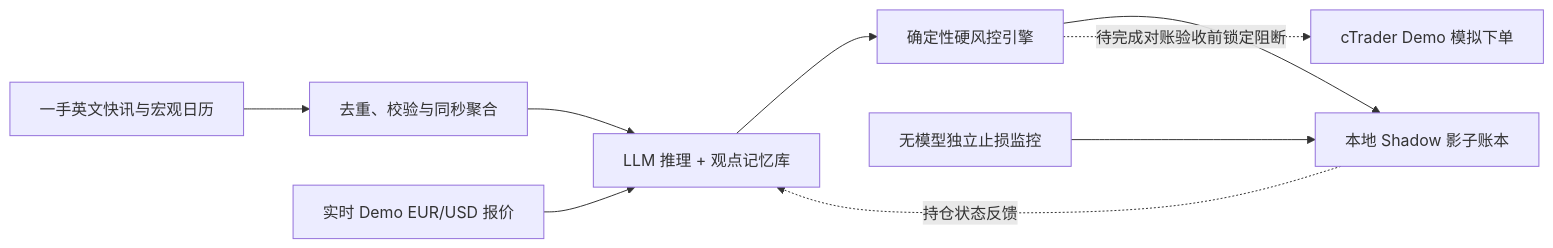
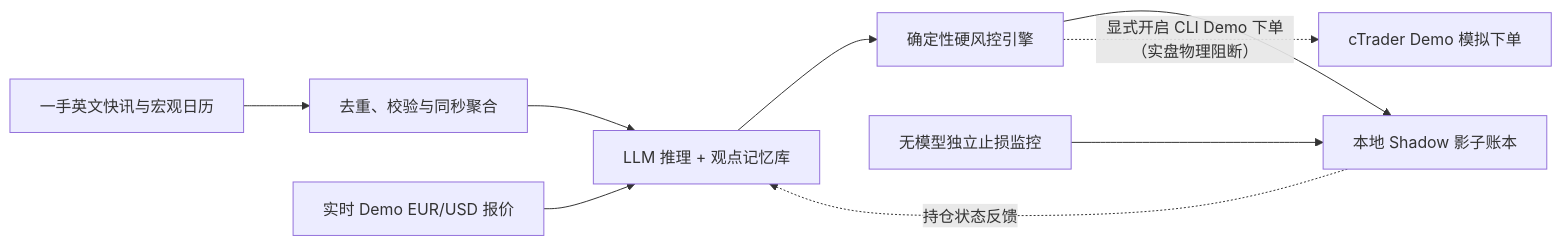
The diagram in README_CN.md (lohis-aimbot/eventlens), drawn with Mermaid before and after one commit. The commit also changed other lines of this file and 13 other files, not shown here.

Commit message:
feat(demo): complete CLI Demo close reconciliation, Razor UsdPerOneLot gating, and bilingual READMEs

````diff
--- a/README_CN.md
+++ b/README_CN.md
@@ -71,11 +71,11 @@
 ```mermaid
 flowchart LR
     Feed["一手英文快讯与宏观日历"] --> Bundle["去重、校验与同秒聚合"]
     Quotes["实时 Demo EUR/USD 报价"] --> Agent["LLM 推理 + 观点记忆库"]
     Bundle --> Agent
     Agent --> Risk["确定性硬风控引擎"]
     Risk --> Ledger["本地 Shadow 影子账本"]
     Monitor["无模型独立止损监控"] --> Ledger
     Ledger -. "持仓状态反馈" .-> Agent
-    Risk -. "待完成对账验收前锁定阻断" .-> Broker["cTrader Demo 模拟下单"]
+    Risk -. "显式开启 CLI Demo 下单（实盘物理阻断）" .-> Broker["cTrader Demo 模拟下单"]
 ```
````
